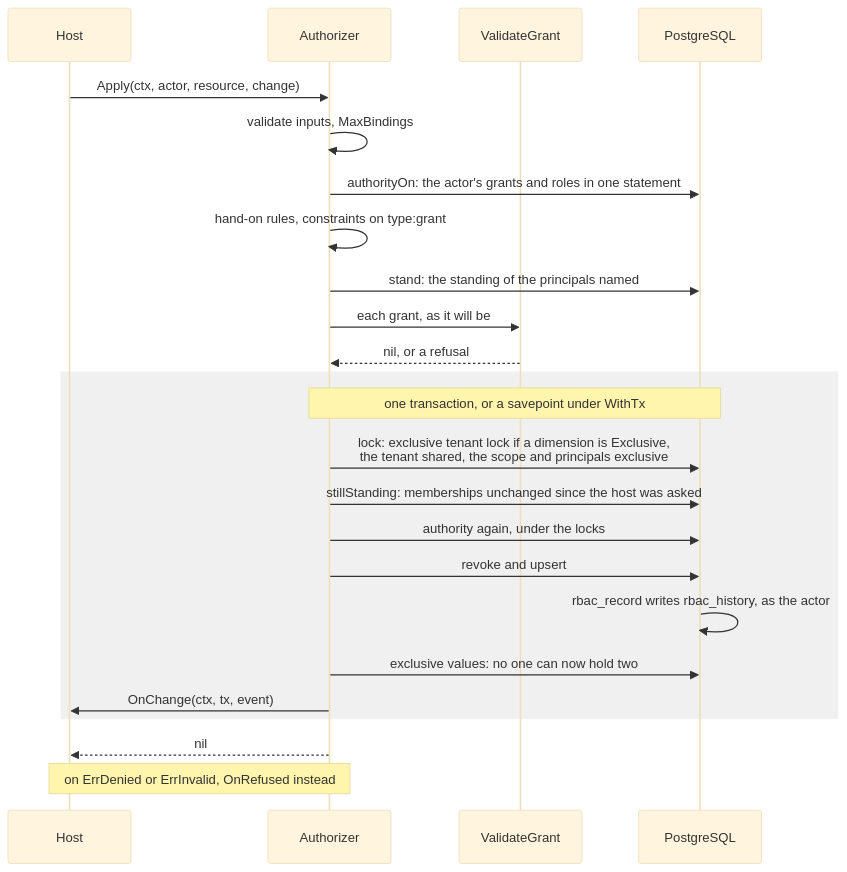
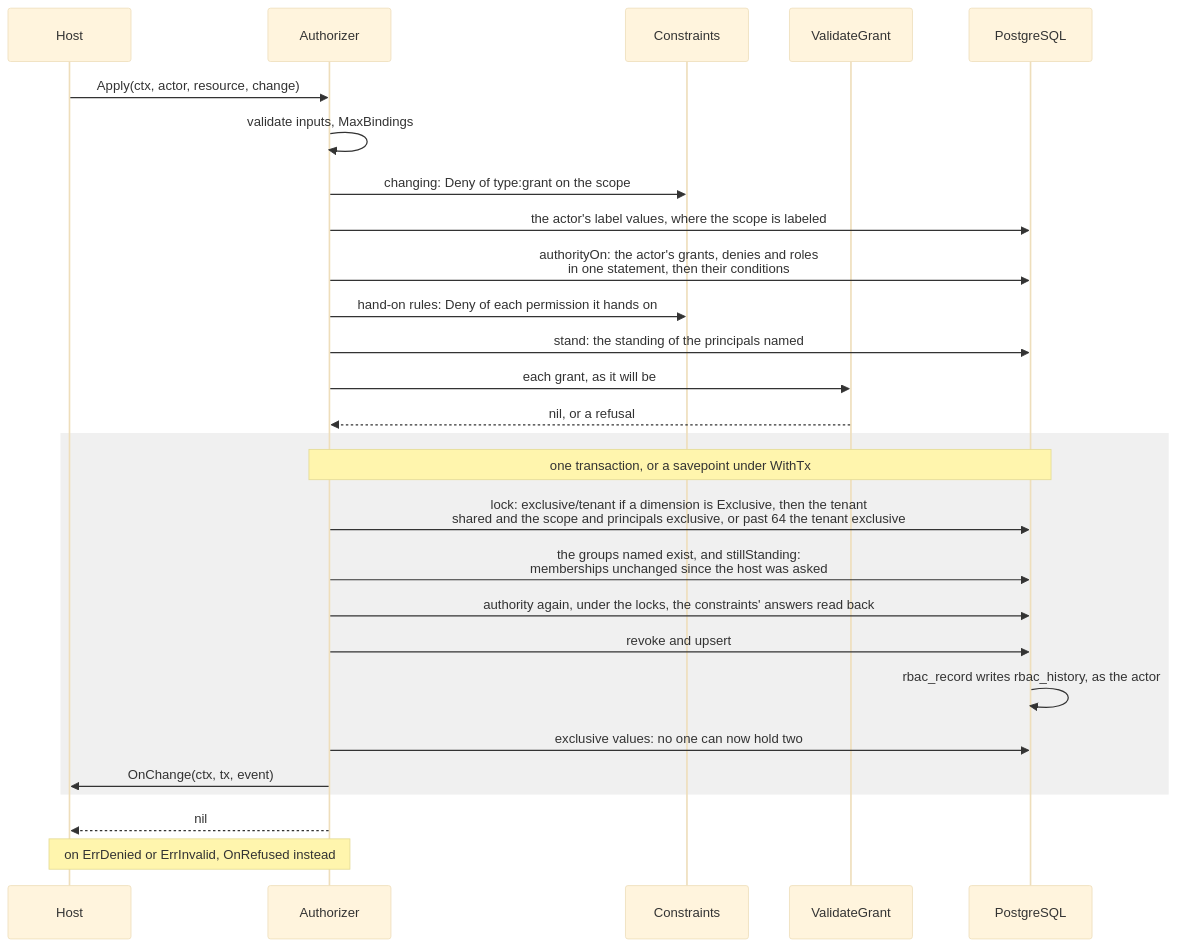
One commit to parallelworks/rbac changed the eighth of 13 diagrams in docs/architecture.md. Above: the diagram before and after it, drawn with Mermaid (base theme). The commit also changed other lines of this file, not shown here.

Commit message:
docs: review: what each host write asks, how locks can still deadlock, and every other statement as the code does it

````diff
--- a/docs/architecture.md
+++ b/docs/architecture.md
@@ -338,26 +349,29 @@
 ```mermaid
 sequenceDiagram
     participant H as Host
     participant A as Authorizer
+    participant C as Constraints
     participant V as ValidateGrant
     participant DB as PostgreSQL
     H->>A: Apply(ctx, actor, resource, change)
     A->>A: validate inputs, MaxBindings
-    A->>DB: authorityOn: the actor's grants and roles in one statement
-    A->>A: hand-on rules, constraints on type:grant
+    A->>C: changing: Deny of type:grant on the scope
+    A->>DB: the actor's label values, where the scope is labeled
+    A->>DB: authorityOn: the actor's grants, denies and roles<br/>in one statement, then their conditions
+    A->>C: hand-on rules: Deny of each permission it hands on
     A->>DB: stand: the standing of the principals named
     A->>V: each grant, as it will be
     V-->>A: nil, or a refusal
     rect rgb(240, 240, 240)
     note over A,DB: one transaction, or a savepoint under WithTx
-    A->>DB: lock: exclusive tenant lock if a dimension is Exclusive,<br/>the tenant shared, the scope and principals exclusive
-    A->>DB: stillStanding: memberships unchanged since the host was asked
-    A->>DB: authority again, under the locks
+    A->>DB: lock: exclusive/tenant if a dimension is Exclusive, then the tenant<br/>shared and the scope and principals exclusive, or past 64 the tenant exclusive
+    A->>DB: the groups named exist, and stillStanding:<br/>memberships unchanged since the host was asked
+    A->>DB: authority again, under the locks, the constraints' answers read back
     A->>DB: revoke and upsert
     DB->>DB: rbac_record writes rbac_history, as the actor
     A->>DB: exclusive values: no one can now hold two
     A->>H: OnChange(ctx, tx, event)
     end
     A-->>H: nil
     note over A,H: on ErrDenied or ErrInvalid, OnRefused instead
 ```
````
